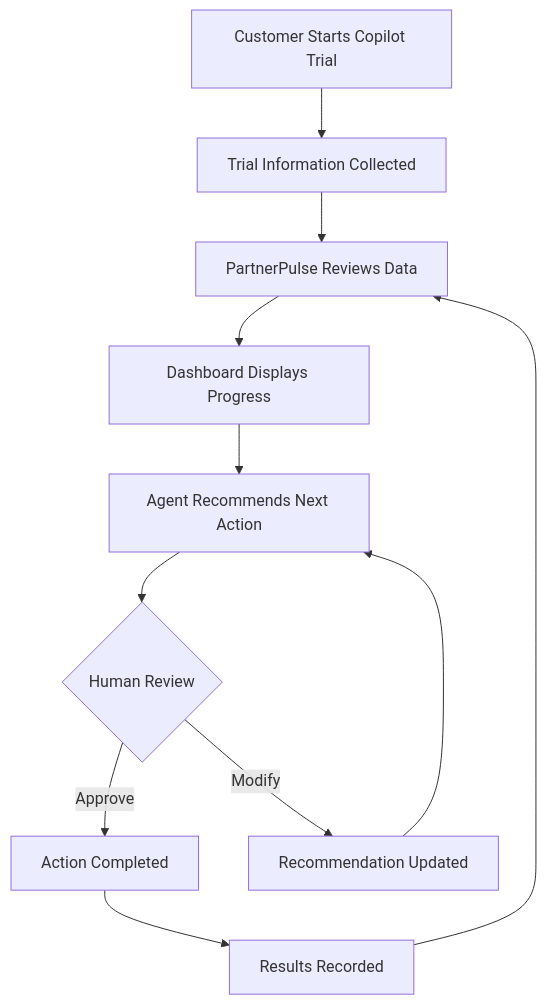
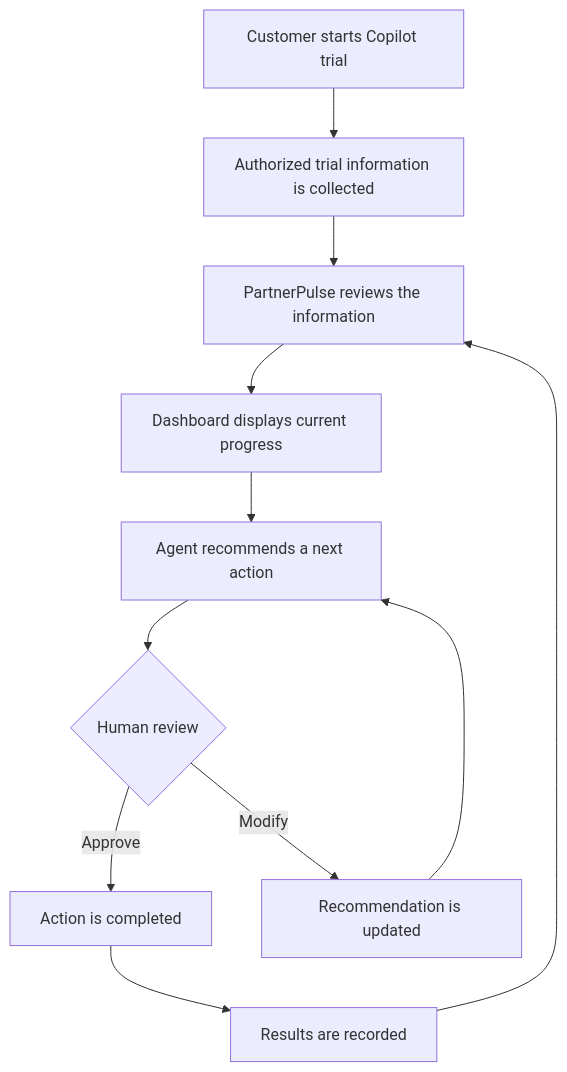
Before and after one commit to reyestech/PartnerPulse-Agent-Workspace: the first of 3 diagrams in README.md, drawn with Mermaid. The commit also changed other lines of this file, not shown here.

````diff
--- a/README.md
+++ b/README.md
@@ -57,24 +51,13 @@
 ```mermaid
 flowchart TD
-
-A["Customer Starts Copilot Trial"]
---> B["Trial Information Collected"]
-
-B --> C["PartnerPulse Reviews Data"]
-
-C --> D["Dashboard Displays Progress"]
-
-D --> E["Agent Recommends Next Action"]
-
-E --> F{"Human Review"}
-
-F -->|Approve| G["Action Completed"]
-
-F -->|Modify| H["Recommendation Updated"]
-
-H --> E
-
-G --> I["Results Recorded"]
-
-I --> C
+    A[Customer starts Copilot trial] --> B[Authorized trial information is collected]
+    B --> C[PartnerPulse reviews the information]
+    C --> D[Dashboard displays current progress]
+    D --> E[Agent recommends a next action]
+    E --> F{Human review}
+    F -->|Approve| G[Action is completed]
+    F -->|Modify| H[Recommendation is updated]
+    H --> E
+    G --> I[Results are recorded]
+    I --> C
 ```
````
